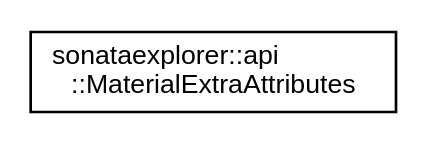
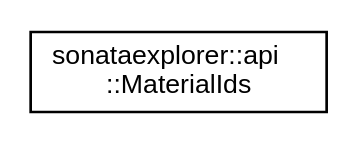
One commit to BlueBrain/BioExplorer changed the diagram in docs/inherit_graph_227.dot. Above: the diagram before and after it, drawn with Graphviz. The commit also changed 679 other files, not shown here.

```diff
--- a/docs/inherit_graph_227.dot
+++ b/docs/inherit_graph_227.dot
@@ -1,8 +1,8 @@
 digraph "Graphical Class Hierarchy"
 {
  // LATEX_PDF_SIZE
   edge [fontname="Helvetica",fontsize="10",labelfontname="Helvetica",labelfontsize="10"];
   node [fontname="Helvetica",fontsize="10",shape=record];
   rankdir="LR";
-  Node0 [label="sonataexplorer::api\l::MaterialExtraAttributes",height=0.2,width=0.4,color="black", fillcolor="white", style="filled",URL="$df/d43/structsonataexplorer_1_1api_1_1MaterialExtraAttributes.html",tooltip=" "];
+  Node0 [label="sonataexplorer::api\l::MaterialIds",height=0.2,width=0.4,color="black", fillcolor="white", style="filled",URL="$d7/d1a/structsonataexplorer_1_1api_1_1MaterialIds.html",tooltip=" "];
 }
```
